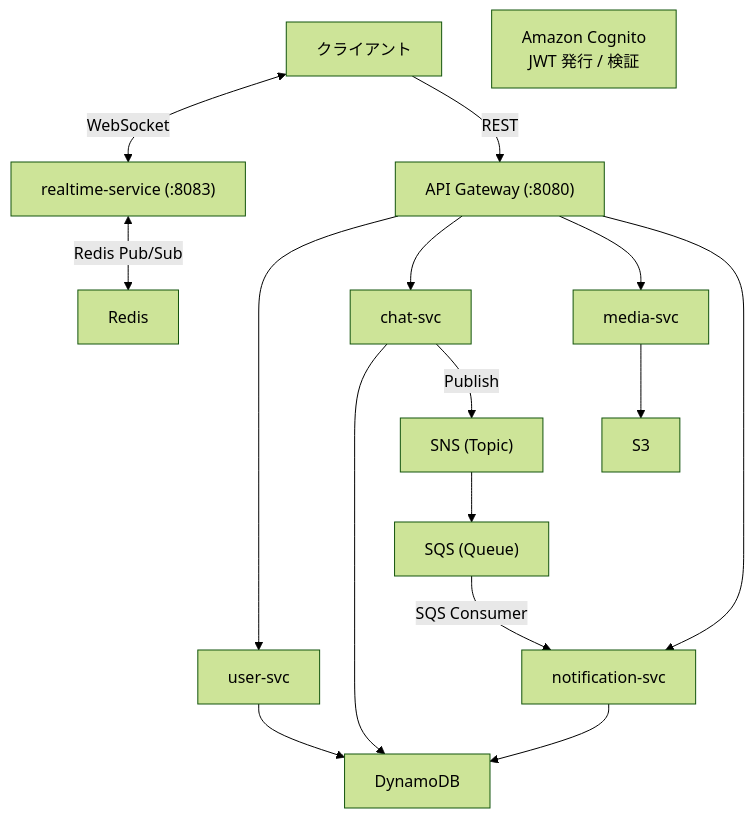
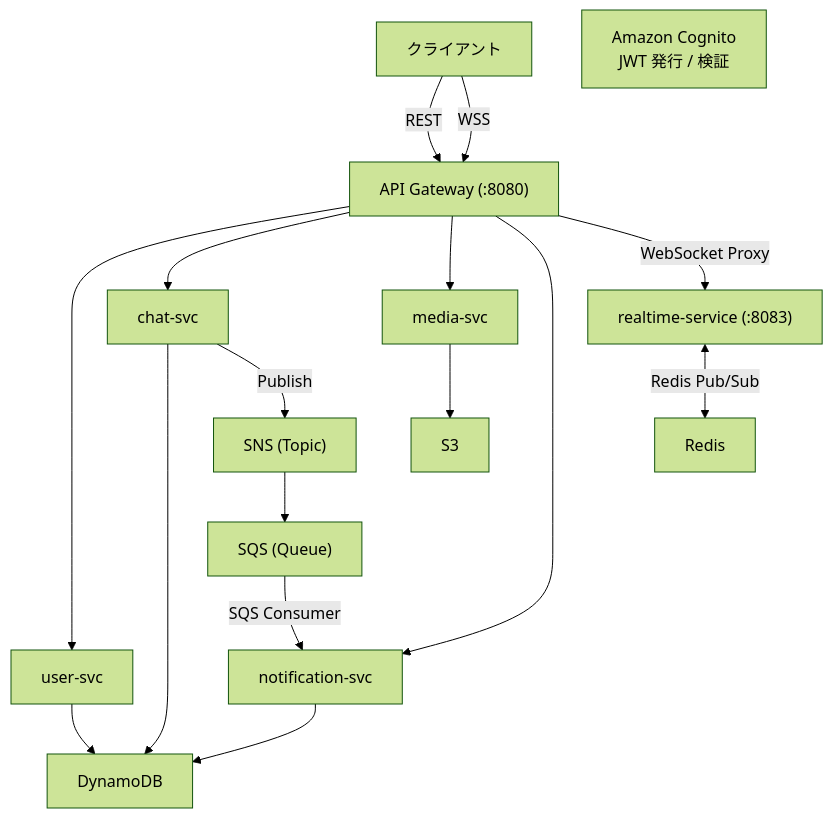
One commit to shunto-ishiguro/go-microservices-chat changed the fourth of 4 diagrams in docs/learning/phase-4.md. Above: the diagram before and after it, drawn with Mermaid (forest theme). The commit also changed other lines of this file and 6 other files, not shown here.

````diff
--- a/docs/learning/phase-4.md
+++ b/docs/learning/phase-4.md
@@ -705,23 +702,24 @@
 ```mermaid
 graph TD
-    Client[クライアント] <-->|WebSocket| RS["realtime-service (:8083)"]
-    Client -->|REST| GW["API Gateway (:8080)"]
-
-    RS <-->|Redis Pub/Sub| Redis[Redis]
+    Client[クライアント] -->|REST| GW["API Gateway (:8080)"]
+    Client -->|WSS| GW
 
     GW --> US[user-svc]
     GW --> CS[chat-svc]
     GW --> MS[media-svc]
     GW --> NS[notification-svc]
+    GW -->|WebSocket Proxy| RS["realtime-service (:8083)"]
+
+    RS <-->|Redis Pub/Sub| Redis[Redis]
 
     US --> DDB[DynamoDB]
     CS --> DDB
     NS --> DDB
     MS --> S3[S3]
 
     CS -->|Publish| SNS["SNS (Topic)"]
     SNS --> SQS["SQS (Queue)"]
     SQS -->|SQS Consumer| NS
 
     Cognito["Amazon Cognito<br/>JWT 発行 / 検証"]
 ```
````
